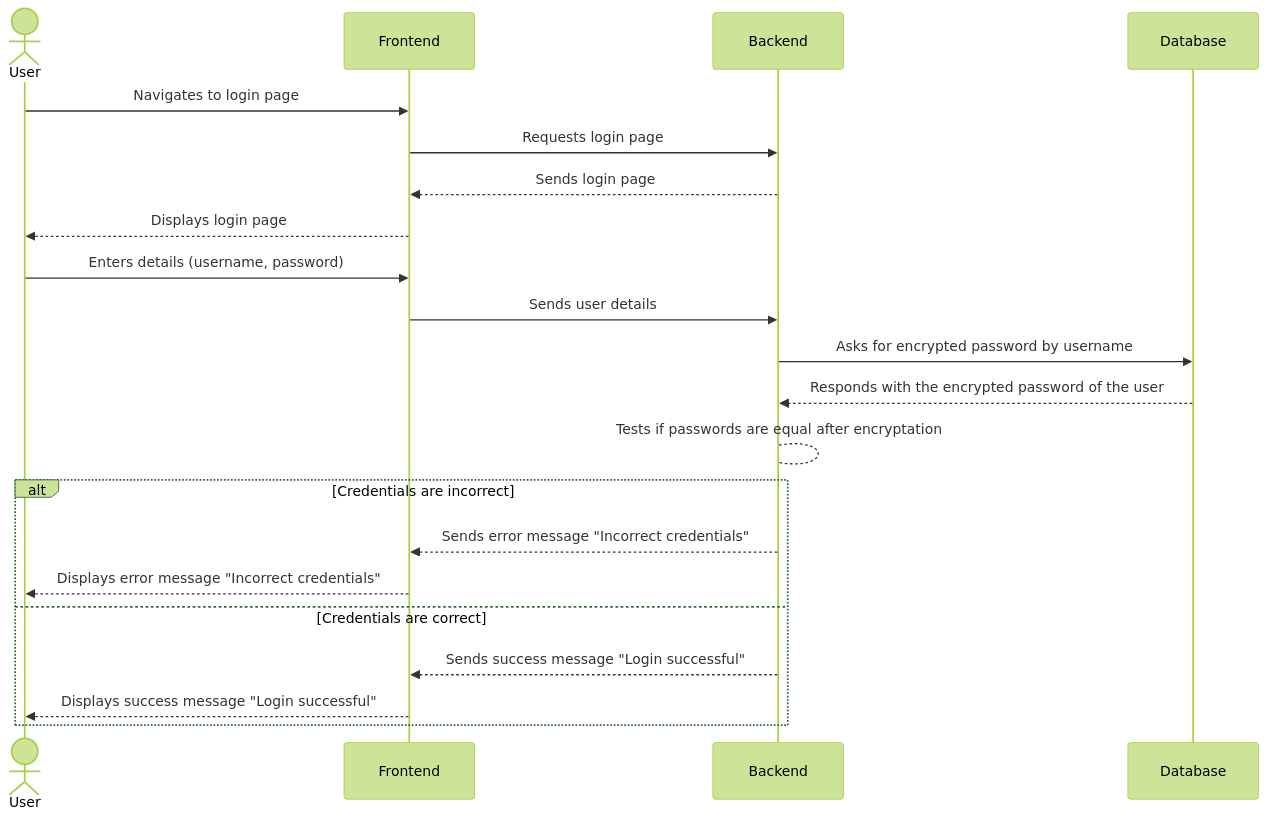
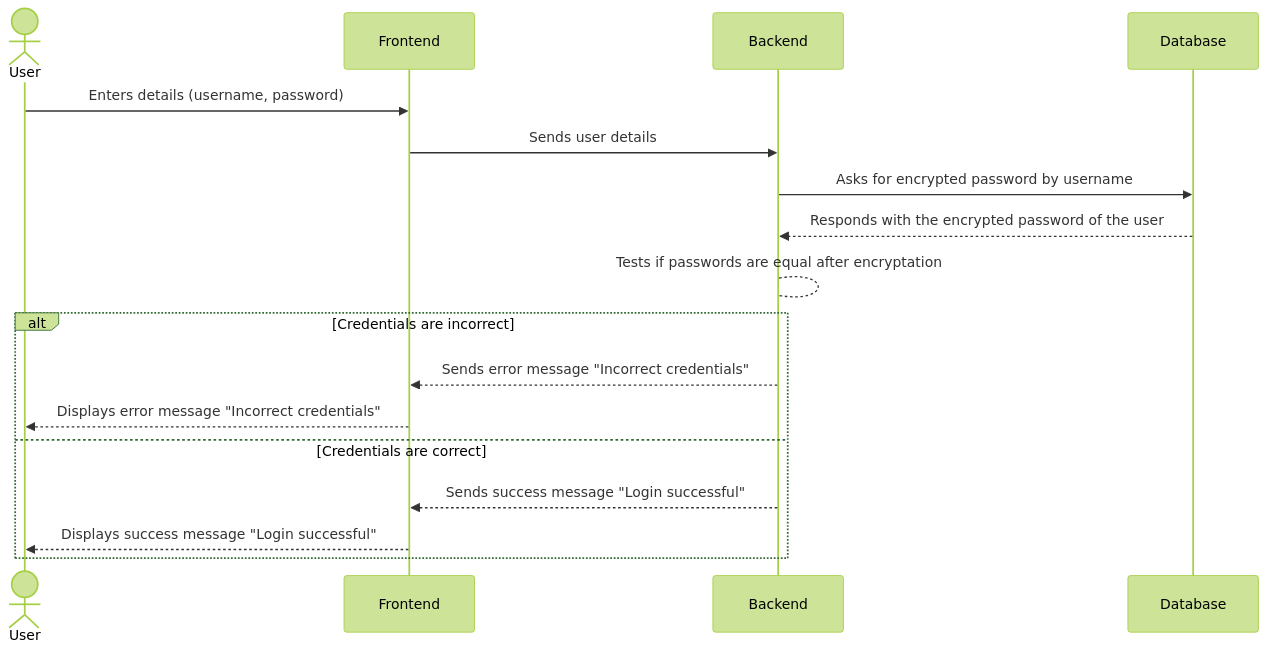
The first of 3 diagrams in docs/src/06_runtime_view.adoc (Arquisoft/wiq_en3b), drawn with Mermaid (forest theme) before and after one commit. The commit also changed other lines of this file, not shown here.

Commit message:
Reviewed Doc06

```diff
--- a/docs/src/06_runtime_view.adoc
+++ b/docs/src/06_runtime_view.adoc
@@ -46,22 +46,18 @@
 [mermaid]
 ....
 sequenceDiagram
     actor User as User
     
-    User->>Frontend: Navigates to login page
-    Frontend->>Backend: Requests login page
-    Backend-->>Frontend: Sends login page
-    Frontend-->>User: Displays login page
     User->>Frontend: Enters details (username, password)
     Frontend->>Backend: Sends user details
     Backend->>Database: Asks for encrypted password by username
     Database-->>Backend: Responds with the encrypted password of the user
     Backend-->Backend: Tests if passwords are equal after encryptation
     alt Credentials are incorrect
         Backend-->>Frontend: Sends error message "Incorrect credentials"
         Frontend-->>User: Displays error message "Incorrect credentials"
     else Credentials are correct
         Backend-->>Frontend: Sends success message "Login successful"
         Frontend-->>User: Displays success message "Login successful"
     end
 ....
```
